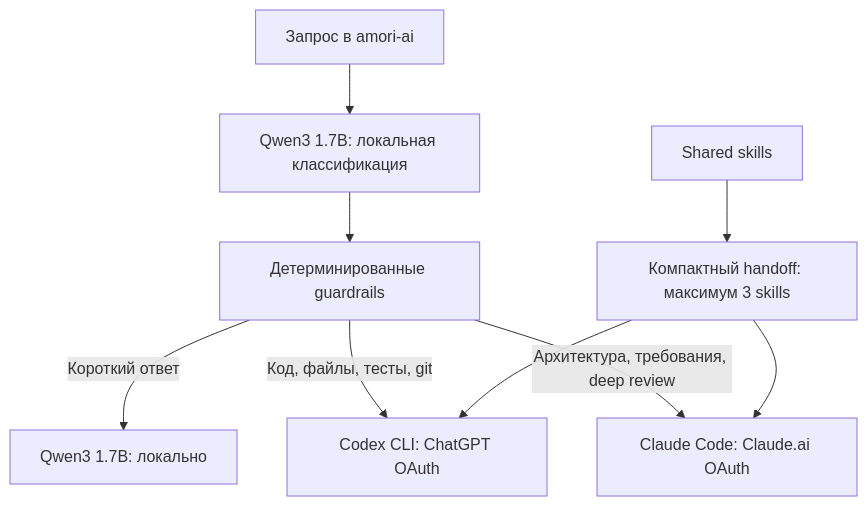
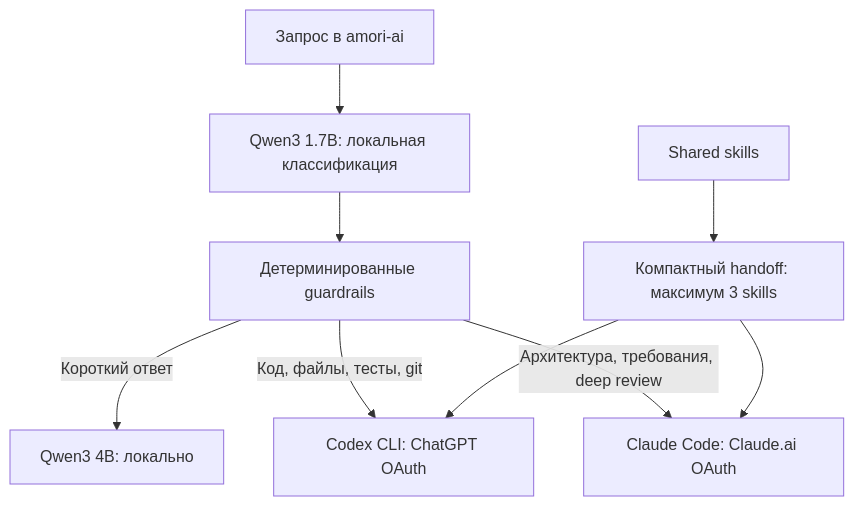
One commit to Lenis45/ai-devkit changed the diagram in docs/SMART_ROUTER.md. Above: the diagram before and after it, drawn with Mermaid. The commit also changed other lines of this file and 2 other files, not shown here.

````diff
--- a/docs/SMART_ROUTER.md
+++ b/docs/SMART_ROUTER.md
@@ -9,11 +9,11 @@
 ```mermaid
 flowchart TD
   U["Запрос в amori-ai"] --> N["Qwen3 1.7B: локальная классификация"]
   N --> G["Детерминированные guardrails"]
-  G -->|"Короткий ответ"| L["Qwen3 1.7B: локально"]
+  G -->|"Короткий ответ"| L["Qwen3 4B: локально"]
   G -->|"Код, файлы, тесты, git"| C["Codex CLI: ChatGPT OAuth"]
   G -->|"Архитектура, требования, deep review"| A["Claude Code: Claude.ai OAuth"]
   S["Shared skills"] --> H["Компактный handoff: максимум 3 skills"]
   H --> C
   H --> A
 ```
````
